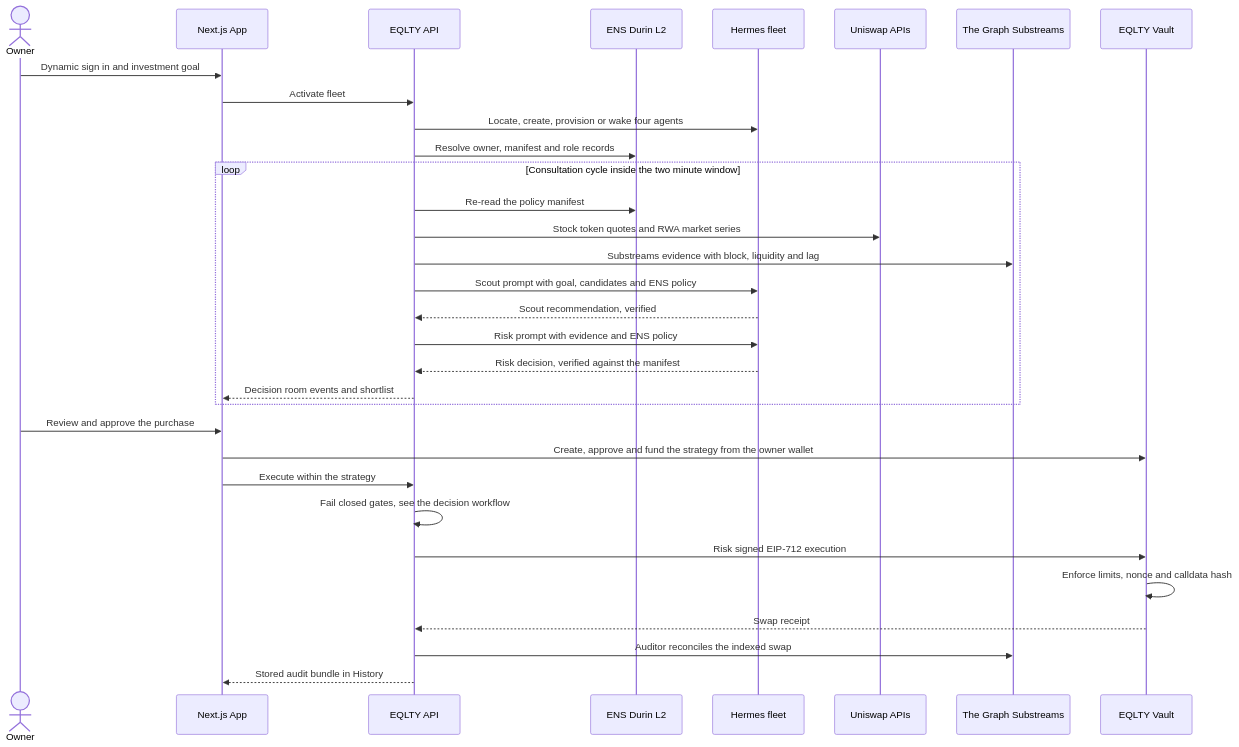
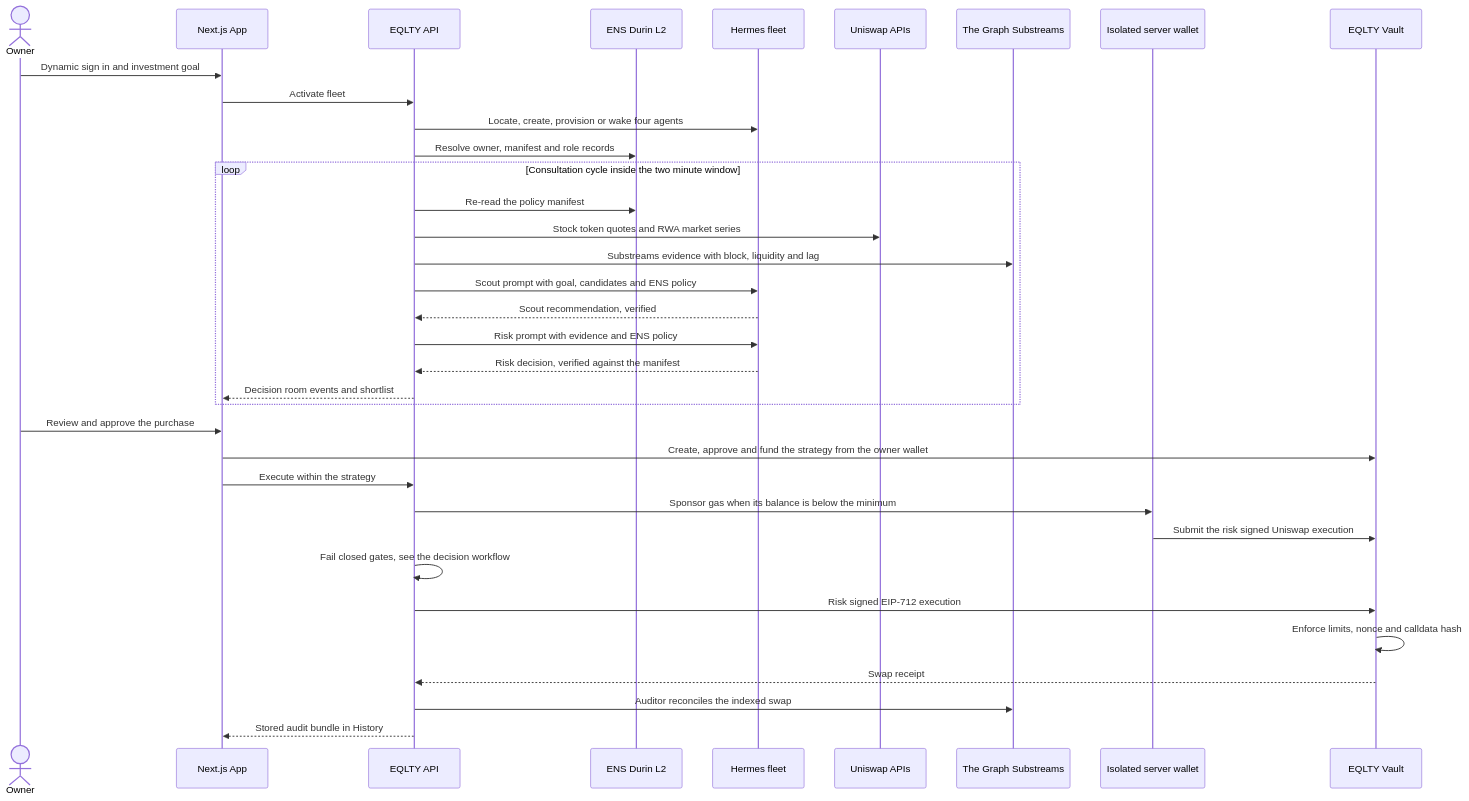
The second of 3 diagrams in README.md (PerkOS-xyz/PerkOS-EQLTY), drawn with Mermaid before and after one commit. The commit also changed other lines of this file and 3 other files, not shown here.

````diff
--- a/README.md
+++ b/README.md
@@ -171,37 +174,40 @@
 ```mermaid
 sequenceDiagram
   actor Owner
   participant App as Next.js App
   participant API as EQLTY API
   participant ENS as ENS Durin L2
   participant Fleet as Hermes fleet
   participant Uniswap as Uniswap APIs
   participant Graph as The Graph Substreams
+  participant Trader as Isolated server wallet
   participant Vault as EQLTY Vault
 
   Owner->>App: Dynamic sign in and investment goal
   App->>API: Activate fleet
   API->>Fleet: Locate, create, provision or wake four agents
   API->>ENS: Resolve owner, manifest and role records
 
   loop Consultation cycle inside the two minute window
     API->>ENS: Re-read the policy manifest
     API->>Uniswap: Stock token quotes and RWA market series
     API->>Graph: Substreams evidence with block, liquidity and lag
     API->>Fleet: Scout prompt with goal, candidates and ENS policy
     Fleet-->>API: Scout recommendation, verified
     API->>Fleet: Risk prompt with evidence and ENS policy
     Fleet-->>API: Risk decision, verified against the manifest
     API-->>App: Decision room events and shortlist
   end
 
   Owner->>App: Review and approve the purchase
   App->>Vault: Create, approve and fund the strategy from the owner wallet
   App->>API: Execute within the strategy
+  API->>Trader: Sponsor gas when its balance is below the minimum
+  Trader->>Vault: Submit the risk signed Uniswap execution
   API->>API: Fail closed gates, see the decision workflow
   API->>Vault: Risk signed EIP-712 execution
   Vault->>Vault: Enforce limits, nonce and calldata hash
   Vault-->>API: Swap receipt
   API->>Graph: Auditor reconciles the indexed swap
   API-->>App: Stored audit bundle in History
 ```
````
